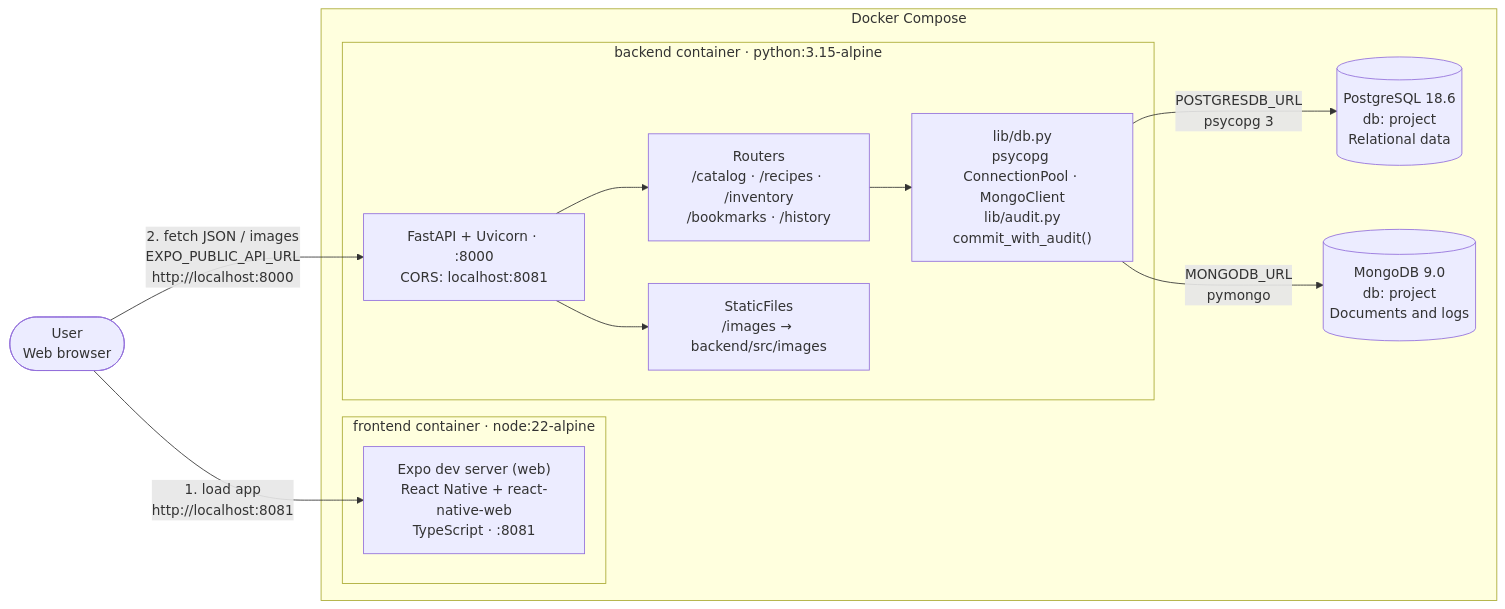
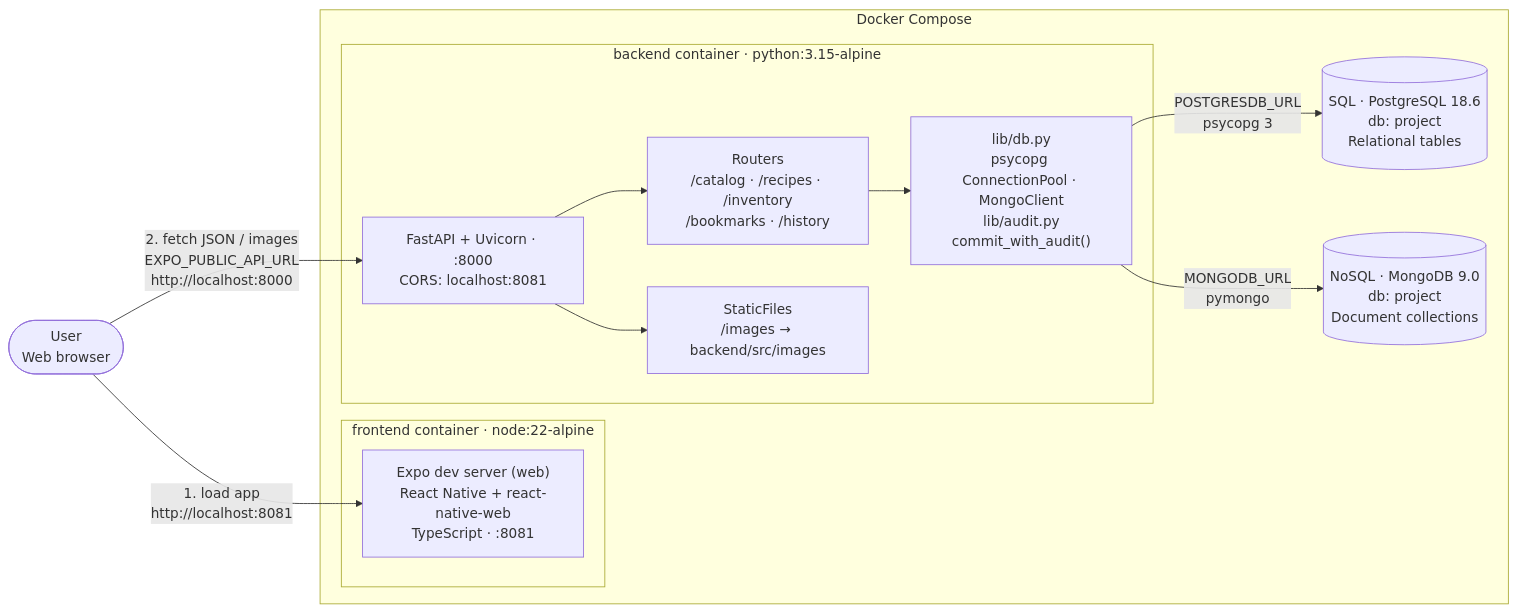
Before and after one commit to Khaomi/RecipeFilterSystem: the first of 6 diagrams in docs/diagram-architecture/ARCHITECTURE.md, drawn with Mermaid. The commit also changed other lines of this file and 1 other file, not shown here.

Commit message:
adding the missing nosql and the architect

````diff
--- a/docs/diagram-architecture/ARCHITECTURE.md
+++ b/docs/diagram-architecture/ARCHITECTURE.md
@@ -5,27 +5,27 @@
 ```mermaid
 flowchart LR
     user(["User<br/>Web browser"])
 
     subgraph docker["Docker Compose"]
         subgraph fe["frontend container · node:22-alpine"]
             expo["Expo dev server (web)<br/>React Native + react-native-web<br/>TypeScript · :8081"]
         end
 
         subgraph be["backend container · python:3.15-alpine"]
             api["FastAPI + Uvicorn · :8000<br/>CORS: localhost:8081"]
             routers["Routers<br/>/catalog · /recipes · /inventory<br/>/bookmarks · /history"]
             static["StaticFiles<br/>/images → backend/src/images"]
             lib["lib/db.py<br/>psycopg ConnectionPool · MongoClient<br/>lib/audit.py<br/>commit_with_audit()"]
             api --> routers --> lib
             api --> static
         end
 
-        pg[("PostgreSQL 18.6<br/>db: project<br/>Relational data")]
-        mg[("MongoDB 9.0<br/>db: project<br/>Documents and logs")]
+        pg[("SQL · PostgreSQL 18.6<br/>db: project<br/>Relational tables")]
+        mg[("NoSQL · MongoDB 9.0<br/>db: project<br/>Document collections")]
     end
 
     user -->|"1. load app<br/>http://localhost:8081"| expo
     user -->|"2. fetch JSON / images<br/>EXPO_PUBLIC_API_URL<br/>http://localhost:8000"| api
     lib -->|"POSTGRESDB_URL<br/>psycopg 3"| pg
     lib -->|"MONGODB_URL<br/>pymongo"| mg
 ```
````
